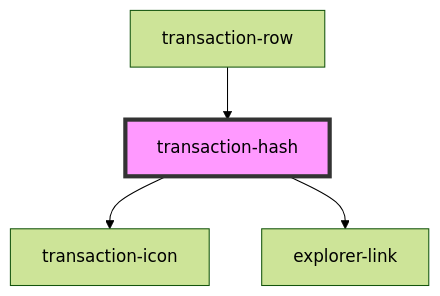
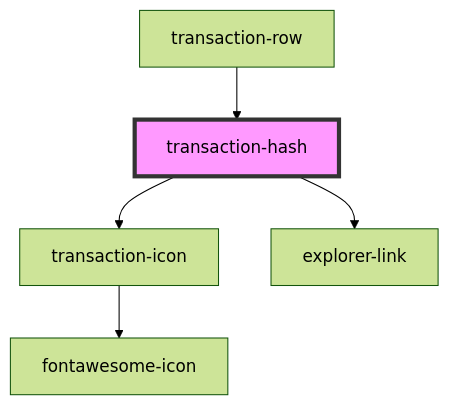
Before and after one commit to multiversx/mx-sdk-dapp-ui: the diagram in src/components/transactions-table/components/transaction-hash/readme.md, drawn with Mermaid (forest theme). The commit also changed other lines of this file and 27 other files, not shown here.

````diff
--- a/src/components/transactions-table/components/transaction-hash/readme.md
+++ b/src/components/transactions-table/components/transaction-hash/readme.md
@@ -27,7 +28,8 @@
 ```mermaid
 graph TD;
   transaction-hash --> transaction-icon
   transaction-hash --> explorer-link
+  transaction-icon --> fontawesome-icon
   transaction-row --> transaction-hash
   style transaction-hash fill:#f9f,stroke:#333,stroke-width:4px
 ```
````
